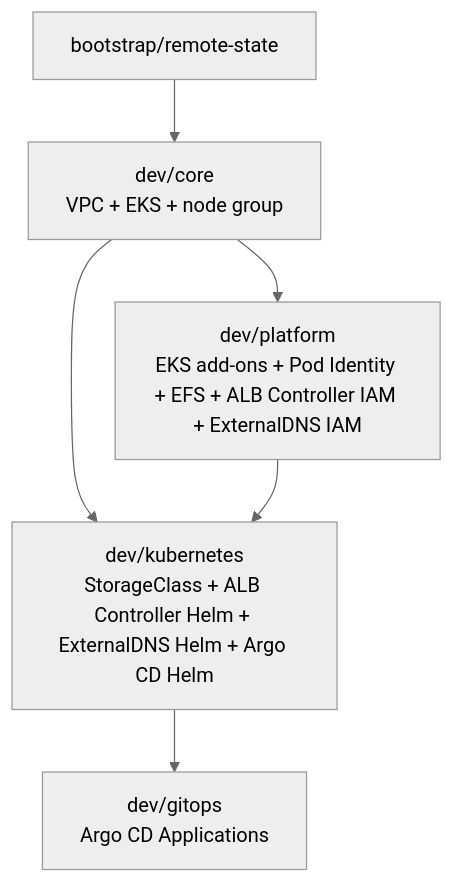
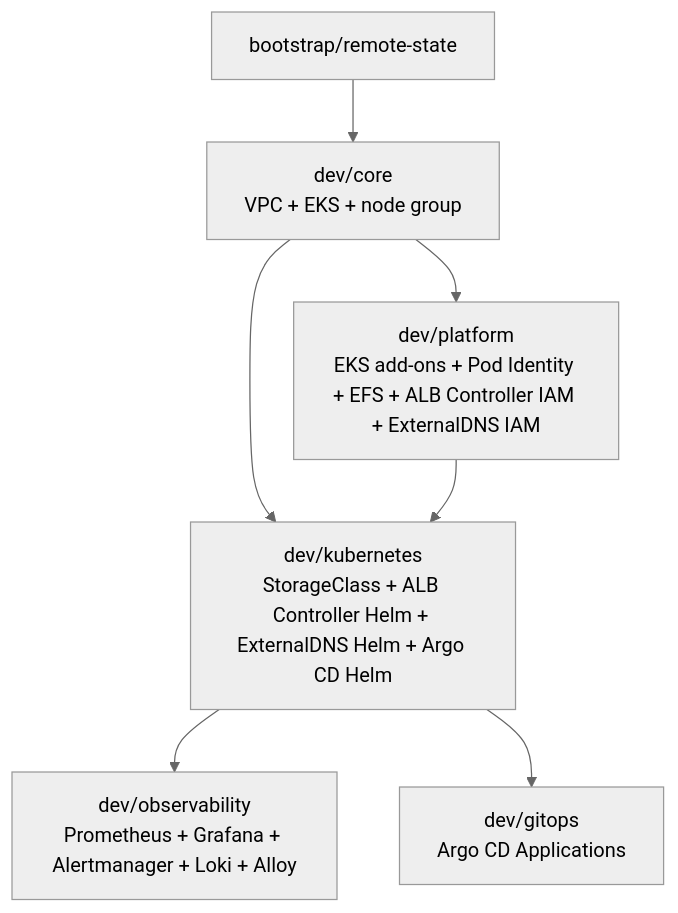
Before and after one commit to akamclovis/aws-EKS-Cluster-terraform-code: the diagram in README.md, drawn with Mermaid (neutral theme). The commit also changed other lines of this file and 15 other files, not shown here.

Commit message:
feat(observability): scaffold prometheus loki and alloy stack

````diff
--- a/README.md
+++ b/README.md
@@ -98,14 +102,16 @@
 ```mermaid
 flowchart TD
   Bootstrap["bootstrap/remote-state"]
   Core["dev/core<br/>VPC + EKS + node group"]
   Platform["dev/platform<br/>EKS add-ons + Pod Identity + EFS + ALB Controller IAM + ExternalDNS IAM"]
   Kubernetes["dev/kubernetes<br/>StorageClass + ALB Controller Helm + ExternalDNS Helm + Argo CD Helm"]
+  Observability["dev/observability<br/>Prometheus + Grafana + Alertmanager + Loki + Alloy"]
   GitOps["dev/gitops<br/>Argo CD Applications"]
 
   Bootstrap --> Core
   Core --> Platform
   Core --> Kubernetes
   Platform --> Kubernetes
+  Kubernetes --> Observability
   Kubernetes --> GitOps
 ```
````
